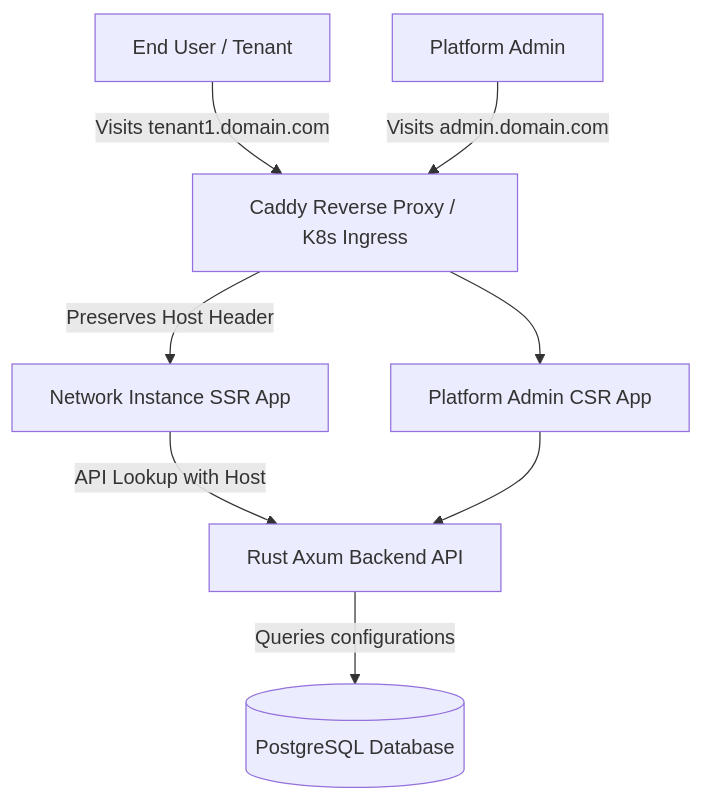
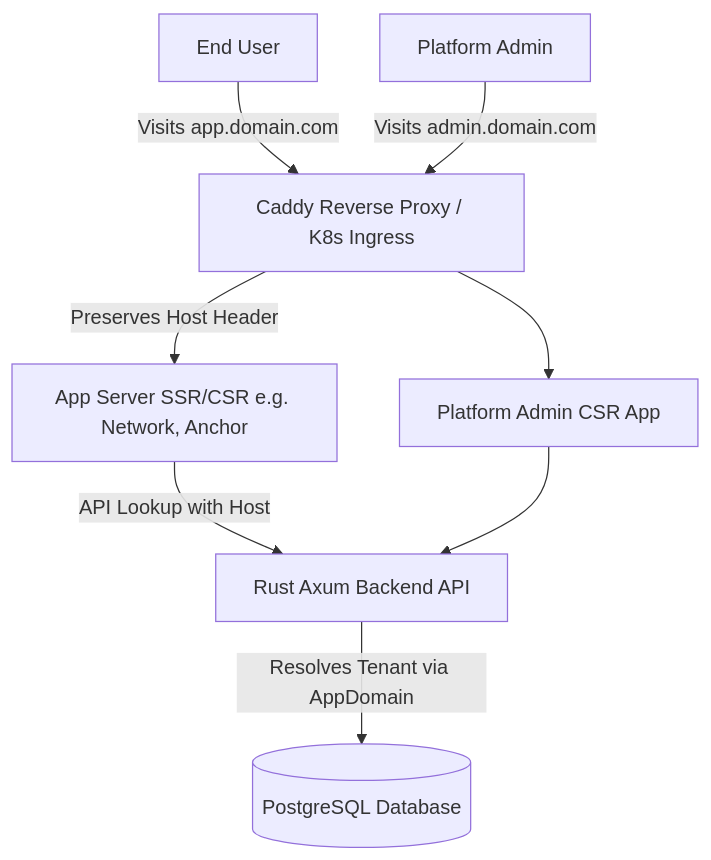
Before and after one commit to ruuderie/RustSvelteBusinessDirectory: the second of 2 diagrams in architecture.md, drawn with Mermaid. The commit also changed other lines of this file and 31 other files, not shown here.

````diff
--- a/architecture.md
+++ b/architecture.md
@@ -330,10 +347,10 @@
 ```mermaid
 graph TD
-    User[End User / Tenant] -->|Visits tenant1.domain.com| Proxy[Caddy Reverse Proxy / K8s Ingress]
-    Proxy -->|Preserves Host Header| DirInst[Network Instance SSR App]
-    DirInst -->|API Lookup with Host| Backend[Rust Axum Backend API]
-    Backend -->|Queries configurations| DB[(PostgreSQL Database)]
+    User[End User] -->|Visits app.domain.com| Proxy[Caddy Reverse Proxy / K8s Ingress]
+    Proxy -->|Preserves Host Header| AppInst[App Server SSR/CSR e.g. Network, Anchor]
+    AppInst -->|API Lookup with Host| Backend[Rust Axum Backend API]
+    Backend -->|Resolves Tenant via AppDomain| DB[(PostgreSQL Database)]
     Admin[Platform Admin] -->|Visits admin.domain.com| Proxy
     Proxy --> AdminApp[Platform Admin CSR App]
     AdminApp --> Backend
 ```
````
